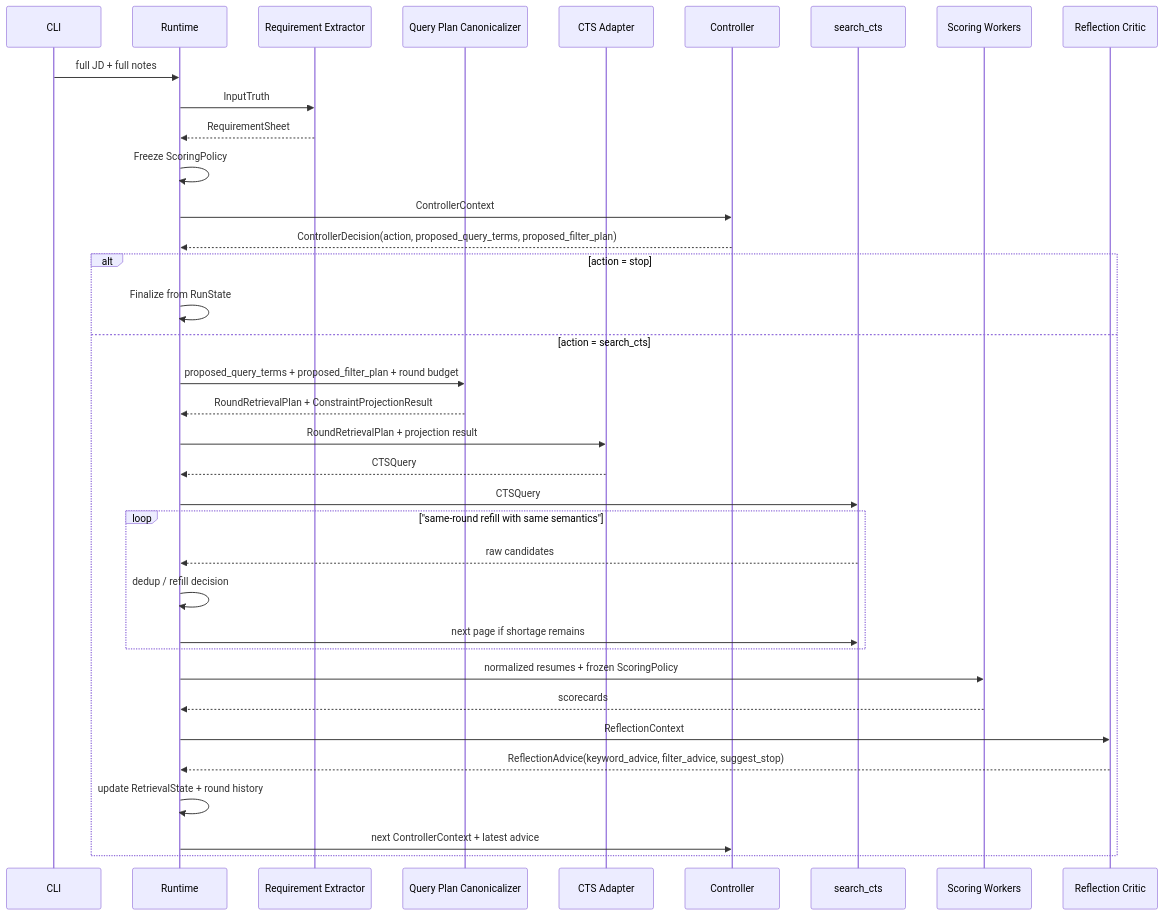
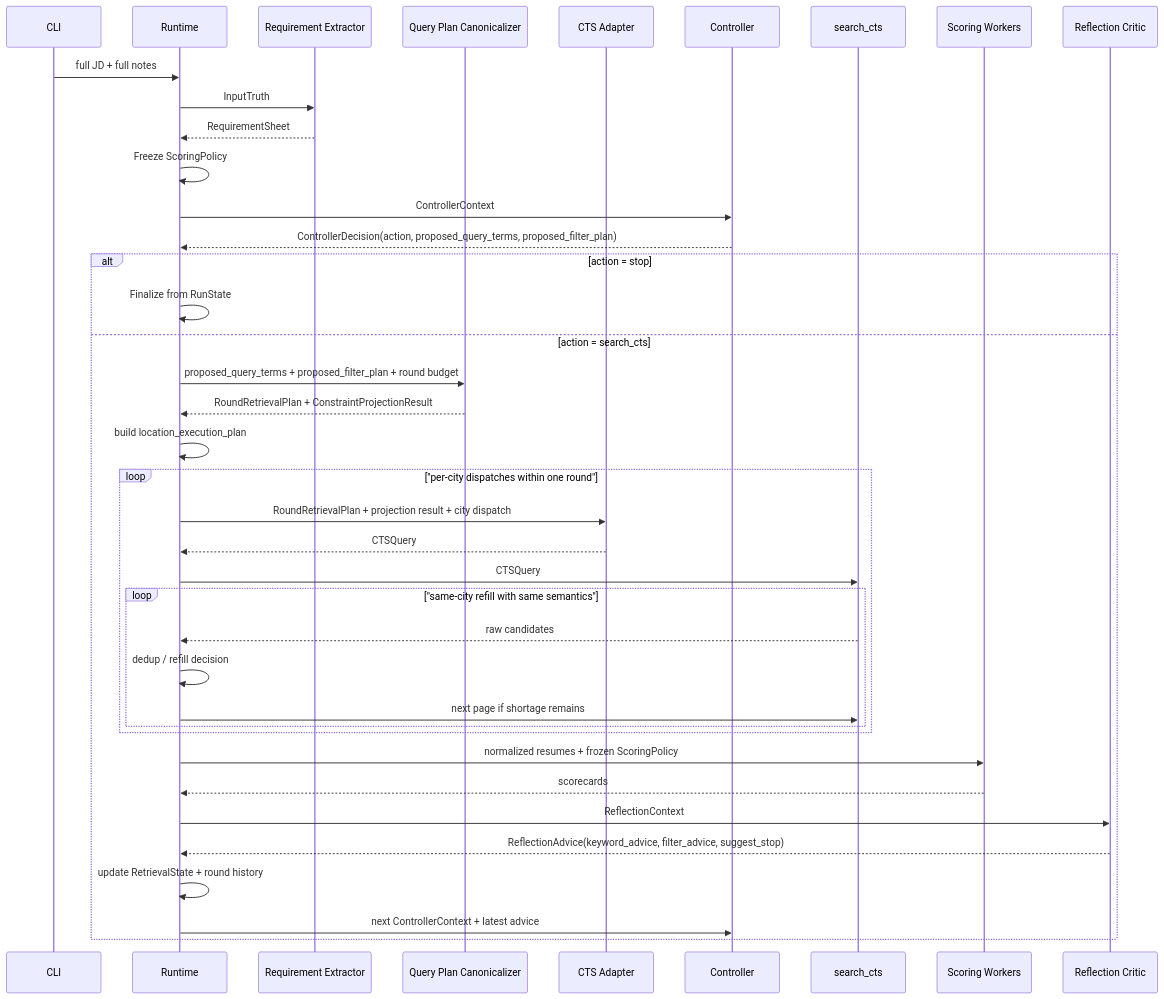
The diagram in docs/v-0.2/workflow-explained.md (FrankQDWang/cv-match), drawn with Mermaid before and after one commit. The commit also changed other lines of this file and 43 other files, not shown here.

Commit message:
Implement v0.2 runtime and location execution semantics

````diff
--- a/docs/v-0.2/workflow-explained.md
+++ b/docs/v-0.2/workflow-explained.md
@@ -10,39 +10,42 @@
 ```mermaid
 sequenceDiagram
     participant CLI
     participant Runtime
     participant Extractor as Requirement Extractor
     participant Canon as Query Plan Canonicalizer
     participant Adapter as CTS Adapter
     participant Controller
     participant CTS as search_cts
     participant Scorer as Scoring Workers
     participant Reflector as Reflection Critic
 
     CLI->>Runtime: full JD + full notes
     Runtime->>Extractor: InputTruth
     Extractor-->>Runtime: RequirementSheet
     Runtime->>Runtime: Freeze ScoringPolicy
     Runtime->>Controller: ControllerContext
     Controller-->>Runtime: ControllerDecision(action, proposed_query_terms, proposed_filter_plan)
     alt action = stop
         Runtime->>Runtime: Finalize from RunState
     else action = search_cts
         Runtime->>Canon: proposed_query_terms + proposed_filter_plan + round budget
         Canon-->>Runtime: RoundRetrievalPlan + ConstraintProjectionResult
-        Runtime->>Adapter: RoundRetrievalPlan + projection result
-        Adapter-->>Runtime: CTSQuery
-        Runtime->>CTS: CTSQuery
-        loop "same-round refill with same semantics"
-            CTS-->>Runtime: raw candidates
-            Runtime->>Runtime: dedup / refill decision
-            Runtime->>CTS: next page if shortage remains
+        Runtime->>Runtime: build location_execution_plan
+        loop "per-city dispatches within one round"
+            Runtime->>Adapter: RoundRetrievalPlan + projection result + city dispatch
+            Adapter-->>Runtime: CTSQuery
+            Runtime->>CTS: CTSQuery
+            loop "same-city refill with same semantics"
+                CTS-->>Runtime: raw candidates
+                Runtime->>Runtime: dedup / refill decision
+                Runtime->>CTS: next page if shortage remains
+            end
         end
         Runtime->>Scorer: normalized resumes + frozen ScoringPolicy
         Scorer-->>Runtime: scorecards
         Runtime->>Reflector: ReflectionContext
         Reflector-->>Runtime: ReflectionAdvice(keyword_advice, filter_advice, suggest_stop)
         Runtime->>Runtime: update RetrievalState + round history
         Runtime->>Controller: next ControllerContext + latest advice
     end
 ```
````
